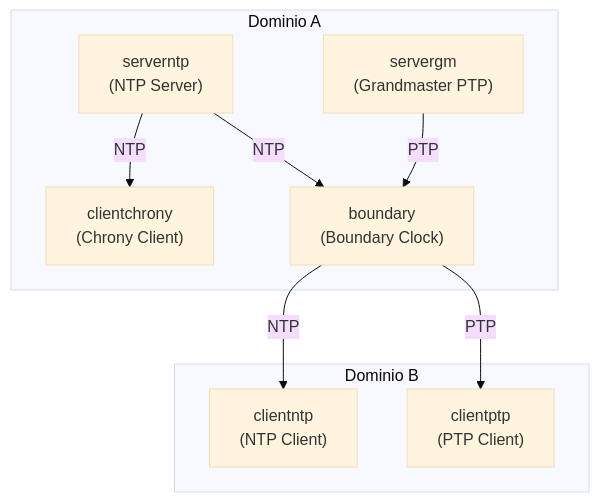
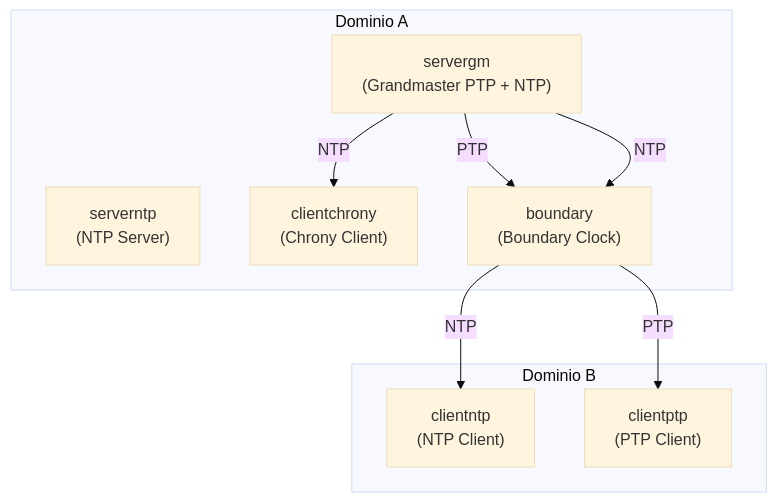
One commit to Mene39100/tesi_sync_lab changed the diagram in docs/phase3_report.md. Above: the diagram before and after it, drawn with Mermaid (base theme).

Commit message:
sistemato grafo

````diff
--- a/docs/phase3_report.md
+++ b/docs/phase3_report.md
@@ -73,25 +73,26 @@
 ```mermaid
 graph TD
     %% Dominio A
     subgraph Dominio_A ["Dominio A"]
-        GM["servergm<br/>(Grandmaster PTP)"]
+        GM["servergm<br/>(Grandmaster PTP + NTP)"]
         NTPA["serverntp<br/>(NTP Server)"]
         CH["clientchrony<br/>(Chrony Client)"]
         BOUND["boundary<br/>(Boundary Clock)"]
     end
 
     %% Dominio B
     subgraph Dominio_B ["Dominio B"]
         NTPB["clientntp<br/>(NTP Client)"]
         PTPB["clientptp<br/>(PTP Client)"]
     end
 
-    %% Sincronizzazione
+    %% Sincronizzazione PTP
     GM -->|PTP| BOUND
     BOUND -->|PTP| PTPB
 
-    NTPA -->|NTP| CH
-    NTPA -->|NTP| BOUND
+    %% Sincronizzazione NTP
+    GM -->|NTP| CH
+    GM -->|NTP| BOUND
     BOUND -->|NTP| NTPB
 
 ```
````
